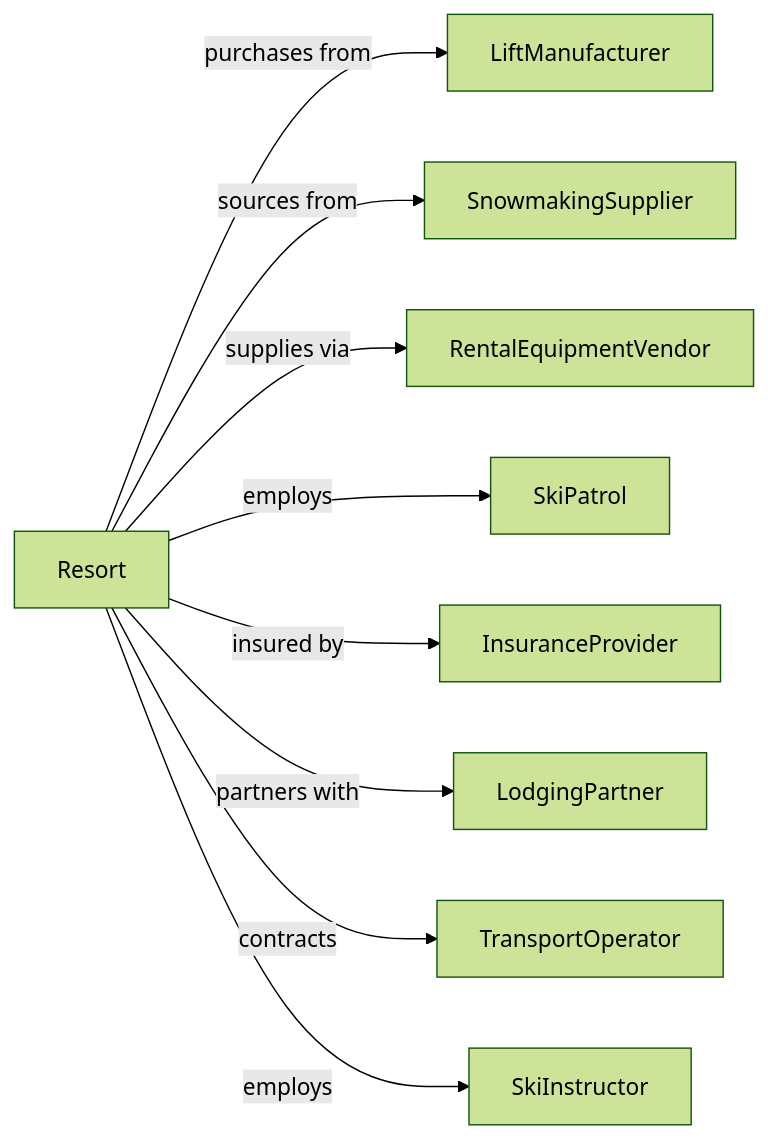
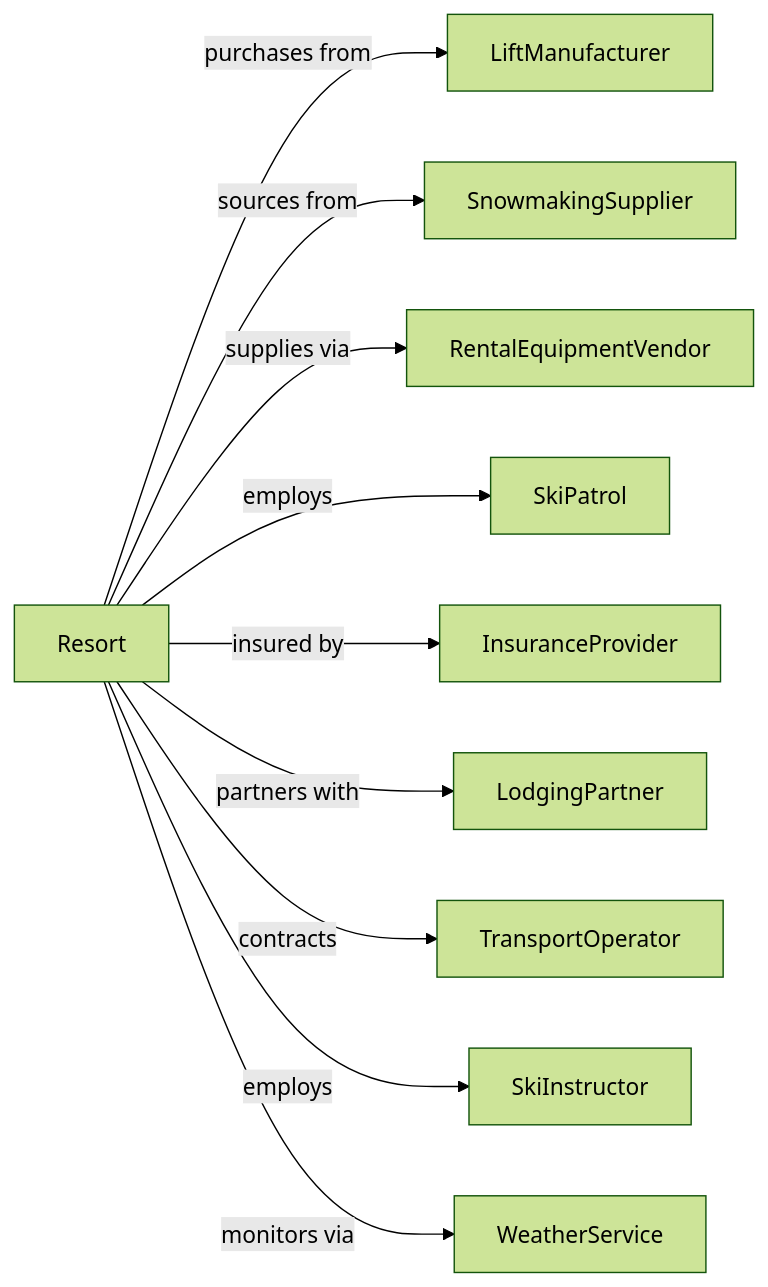
The second of 2 diagrams in Arts/AmusementGamblingAndRecreationIndustries/OtherAmusementAndRecreationIndustries/SkiingFacilities.mdx (dot-org-ai/industries.org.ai), drawn with Mermaid (forest theme) before and after one commit. The commit also changed 588 other files, not shown here.

````diff
--- a/Arts/AmusementGamblingAndRecreationIndustries/OtherAmusementAndRecreationIndustries/SkiingFacilities.mdx
+++ b/Arts/AmusementGamblingAndRecreationIndustries/OtherAmusementAndRecreationIndustries/SkiingFacilities.mdx
@@ -130,13 +130,14 @@
 ```mermaid
 graph LR
     R[Resort]
 
     R -->|purchases from| LiftManufacturer
     R -->|sources from| SnowmakingSupplier
     R -->|supplies via| RentalEquipmentVendor
     R -->|employs| SkiPatrol
     R -->|insured by| InsuranceProvider
     R -->|partners with| LodgingPartner
     R -->|contracts| TransportOperator
     R -->|employs| SkiInstructor
+    R -->|monitors via| WeatherService
 ```
````
